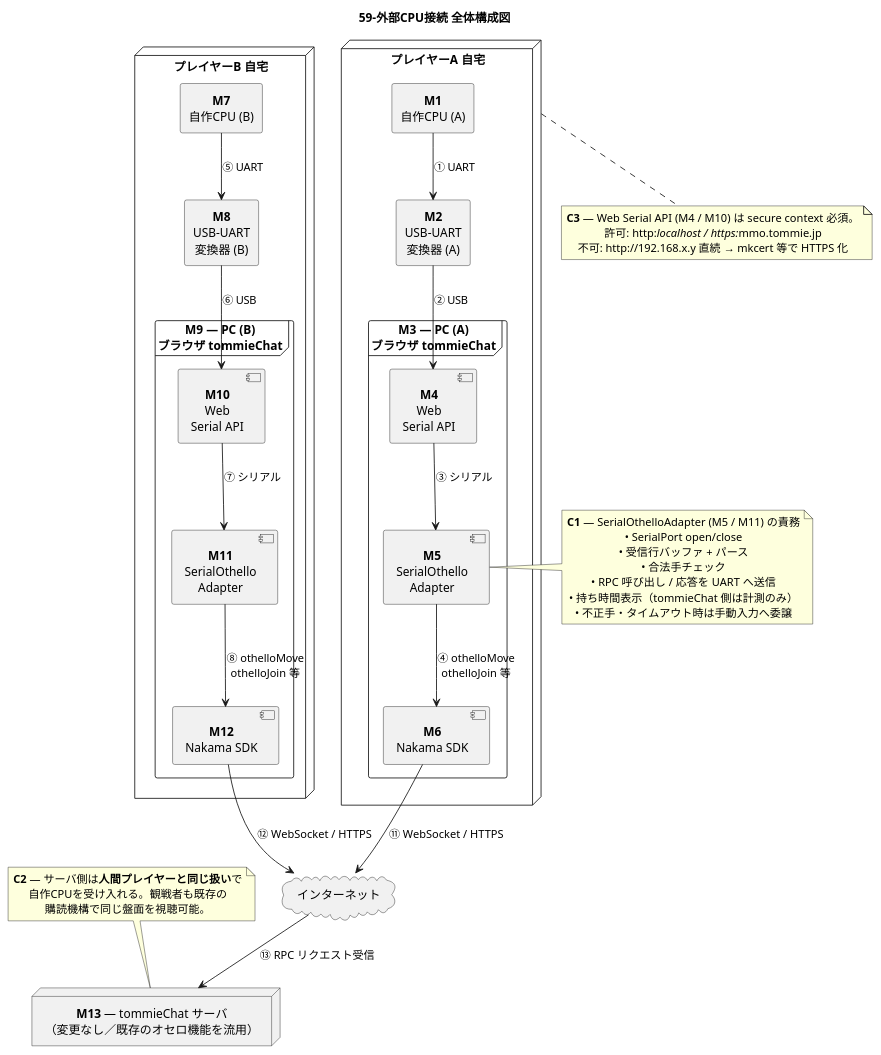
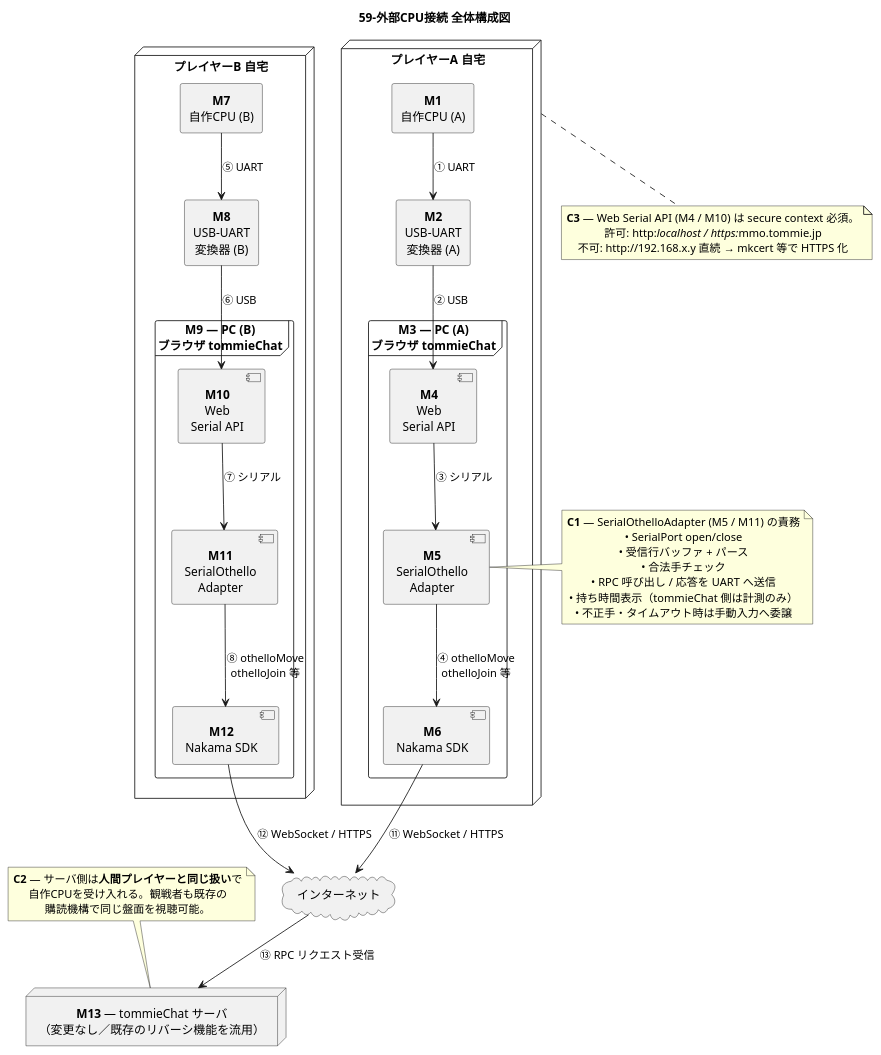
One commit to tommie-jp/tommie-chat changed the diagram in doc/othello/59-arch-external-cpu.puml. Above: the diagram before and after it, drawn with PlantUML. The commit also changed 10 other files, not shown here.

```diff
--- a/doc/othello/59-arch-external-cpu.puml
+++ b/doc/othello/59-arch-external-cpu.puml
@@ -1,68 +1,68 @@
 @startuml 59-arch-external-cpu
 title 59-外部CPU接続 全体構成図
 
 skinparam shadowing false
 skinparam defaultTextAlignment center
 skinparam rankdir TB
 
 node "プレイヤーA 自宅" as homeA {
   rectangle "**M1**\n自作CPU (A)" as cpuA
   rectangle "**M2**\nUSB-UART\n変換器 (A)" as uartA
   frame "**M3** — PC (A)\nブラウザ tommieChat" as pcA {
     component "**M4**\nWeb\nSerial API" as wsA
     component "**M5**\nSerialOthello\nAdapter" as adapterA
     component "**M6**\nNakama SDK" as sdkA
   }
 
   cpuA -down-> uartA : ① UART
   uartA -down-> wsA  : ② USB
   wsA  -down-> adapterA : ③ シリアル
   adapterA -down-> sdkA : ④ othelloMove\nothelloJoin 等
 }
 
 node "プレイヤーB 自宅" as homeB {
   rectangle "**M7**\n自作CPU (B)" as cpuB
   rectangle "**M8**\nUSB-UART\n変換器 (B)" as uartB
   frame "**M9** — PC (B)\nブラウザ tommieChat" as pcB {
     component "**M10**\nWeb\nSerial API" as wsB
     component "**M11**\nSerialOthello\nAdapter" as adapterB
     component "**M12**\nNakama SDK" as sdkB
   }
 
   cpuB -down-> uartB : ⑤ UART
   uartB -down-> wsB  : ⑥ USB
   wsB  -down-> adapterB : ⑦ シリアル
   adapterB -down-> sdkB : ⑧ othelloMove\nothelloJoin 等
 }
 
 cloud "インターネット" as net
 
-node "**M13** — tommieChat サーバ\n（変更なし／既存のオセロ機能を流用）" as srv
+node "**M13** — tommieChat サーバ\n（変更なし／既存のリバーシ機能を流用）" as srv
 
 sdkA -down-> net : ⑪ WebSocket / HTTPS
 sdkB -down-> net : ⑫ WebSocket / HTTPS
 net  -down-> srv : ⑬ RPC リクエスト受信
 
 note right of adapterA
   **C1** — SerialOthelloAdapter (M5 / M11) の責務
   • SerialPort open/close
   • 受信行バッファ + パース
   • 合法手チェック
   • RPC 呼び出し / 応答を UART へ送信
   • 持ち時間表示（tommieChat 側は計測のみ）
   • 不正手・タイムアウト時は手動入力へ委譲
 end note
 
 note top of srv
   **C2** — サーバ側は**人間プレイヤーと同じ扱い**で
   自作CPUを受け入れる。観戦者も既存の
   購読機構で同じ盤面を視聴可能。
 end note
 
 note bottom of homeA
   **C3** — Web Serial API (M4 / M10) は secure context 必須。
   許可: http://localhost / https://mmo.tommie.jp
   不可: http://192.168.x.y 直続 → mkcert 等で HTTPS 化
 end note
 
 @enduml
```
